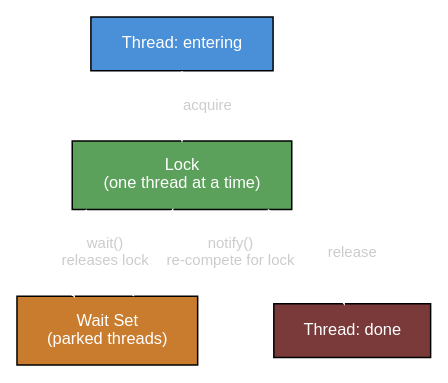
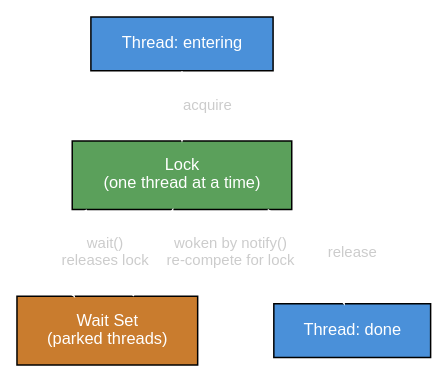
Before and after one commit to symentispl/java-concurrency-primer: the fifth of 5 diagrams in slides/src/main/slides/index.adoc, drawn with Graphviz. The commit also changed other lines of this file, not shown here.

Commit message:
fix: improve Beat 1 slides — framing bullet, accurate notify label, correct EXIT color

```diff
--- a/slides/src/main/slides/index.adoc
+++ b/slides/src/main/slides/index.adoc
@@ -468,18 +469,18 @@
 [graphviz]
 ----
 digraph monitor {
     rankdir=TB
     node [shape=rect, style=filled, fontname="sans-serif", fontsize=11, margin="0.25,0.15"]
     edge [fontname="sans-serif", fontsize=10, color=white, fontcolor="#cccccc"]
 
     ENTER [label="Thread: entering",            fillcolor="#4a90d9", fontcolor=white]
     LOCK  [label="Lock\n(one thread at a time)", fillcolor="#5ba05b", fontcolor=white]
     WAIT  [label="Wait Set\n(parked threads)",   fillcolor="#c97c2e", fontcolor=white]
-    EXIT  [label="Thread: done",                 fillcolor="#7a3a3a", fontcolor=white]
+    EXIT  [label="Thread: done",                 fillcolor="#4a90d9", fontcolor=white]
 
     ENTER -> LOCK [label="acquire"]
     LOCK  -> WAIT [label="wait()\nreleases lock"]
-    WAIT  -> LOCK [label="notify()\nre-compete for lock"]
+    WAIT  -> LOCK [label="woken by notify()\nre-compete for lock"]
     LOCK  -> EXIT [label="release"]
 }
 ----
```
